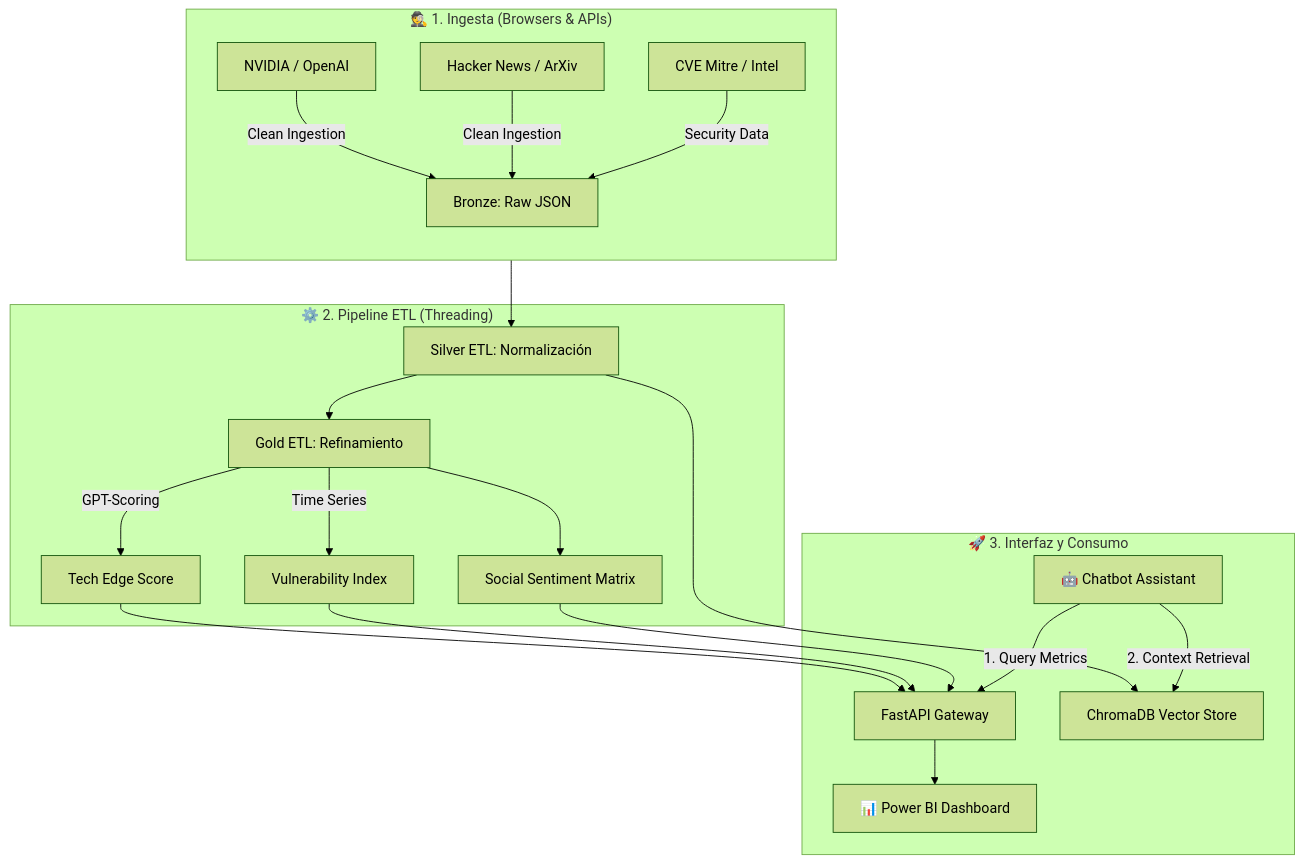
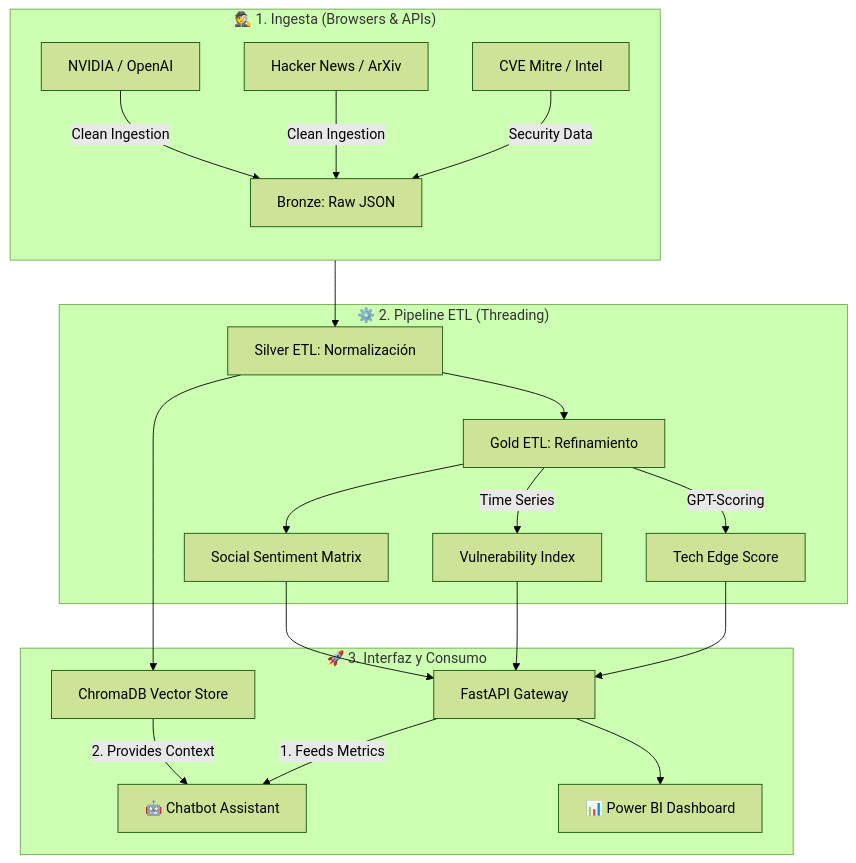
The diagram in README.md (dunkelkaiser/ciber_monitoring), drawn with Mermaid (forest theme) before and after one commit. The commit also changed other lines of this file and 7 other files, not shown here.

````diff
--- a/README.md
+++ b/README.md
@@ -40,24 +40,26 @@
 ```mermaid
 graph TD
     subgraph Ingesta_Automatizada ["🕵️ 1. Ingesta (Browsers & APIs)"]
         direction TB
         A[NVIDIA / OpenAI] & B[Hacker News / ArXiv] -->|Clean Ingestion| C[Bronze: Raw JSON]
         D[CVE Mitre / Intel] -->|Security Data| C
     end
 
     subgraph Procesamiento_IA ["⚙️ 2. Pipeline ETL (Threading)"]
         C --> F[Silver ETL: Normalización]
         F --> G[Gold ETL: Refinamiento]
         G -->|GPT-Scoring| H[Tech Edge Score]
         G -->|Time Series| I[Vulnerability Index]
         G --> J[Social Sentiment Matrix]
     end
 
     subgraph Capa_Servicios ["🚀 3. Interfaz y Consumo"]
         H & I & J --> K[FastAPI Gateway]
         F --> L[ChromaDB Vector Store]
-        M[🤖 Chatbot Assistant] -->|1. Query Metrics| K
-        M -->|2. Context Retrieval| L
+        
+        K -->|1. Feeds Metrics| M[🤖 Chatbot Assistant]
+        L -->|2. Provides Context| M
+        
         K --> N[📊 Power BI Dashboard]
     end
 ```
````
